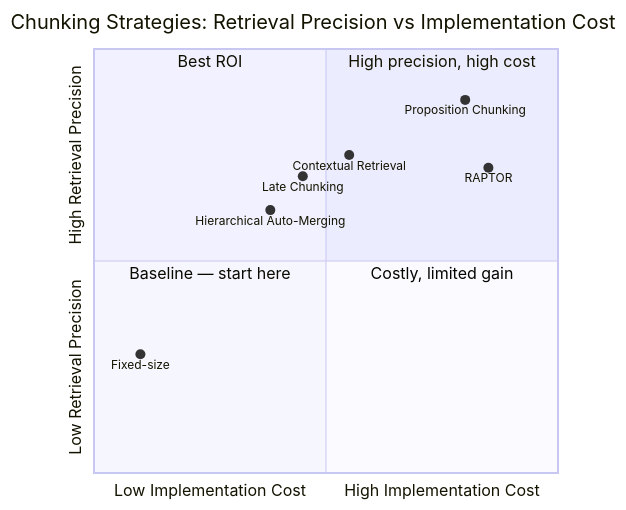
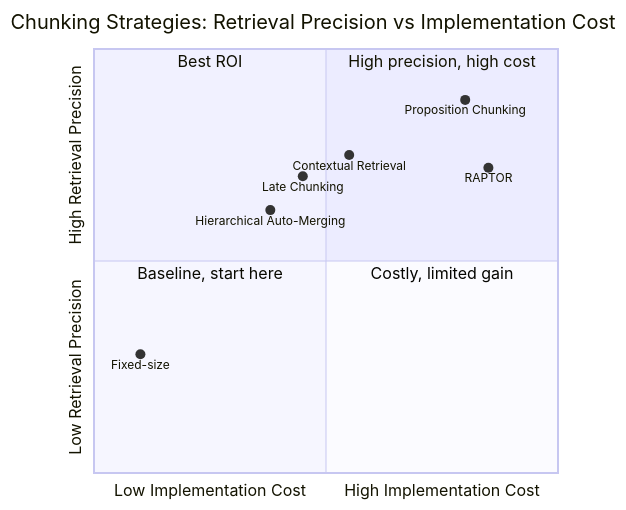
The second of 6 diagrams in front/public/blog/posts/field-notes/enterprise-knowledge-bases.md (JuanLara18/portfolio), drawn with Mermaid before and after one commit. The commit also changed 2 other files, not shown here.

Commit message:
fix: improve clarity in blog posts by refining language
- Update phrasing in the data engineering fundamentals post for better readability.
- Enhance the enterprise knowledge bases post by clarifying the description of the baseline quadrant.
- Revise the vector DB benchmarks post to improve the descriptions of quadrants, making them more concise and informative.

````diff
--- a/front/public/blog/posts/field-notes/enterprise-knowledge-bases.md
+++ b/front/public/blog/posts/field-notes/enterprise-knowledge-bases.md
@@ -253,16 +253,16 @@
 ```mermaid
 quadrantChart
     title Chunking Strategies: Retrieval Precision vs Implementation Cost
     x-axis Low Implementation Cost --> High Implementation Cost
     y-axis Low Retrieval Precision --> High Retrieval Precision
     quadrant-1 High precision, high cost
     quadrant-2 Best ROI
-    quadrant-3 Baseline — start here
+    quadrant-3 Baseline, start here
     quadrant-4 Costly, limited gain
     Fixed-size: [0.10, 0.28]
     Hierarchical Auto-Merging: [0.38, 0.62]
     Late Chunking: [0.45, 0.70]
     Contextual Retrieval: [0.55, 0.75]
     Proposition Chunking: [0.80, 0.88]
     RAPTOR: [0.85, 0.72]
 ```
````
